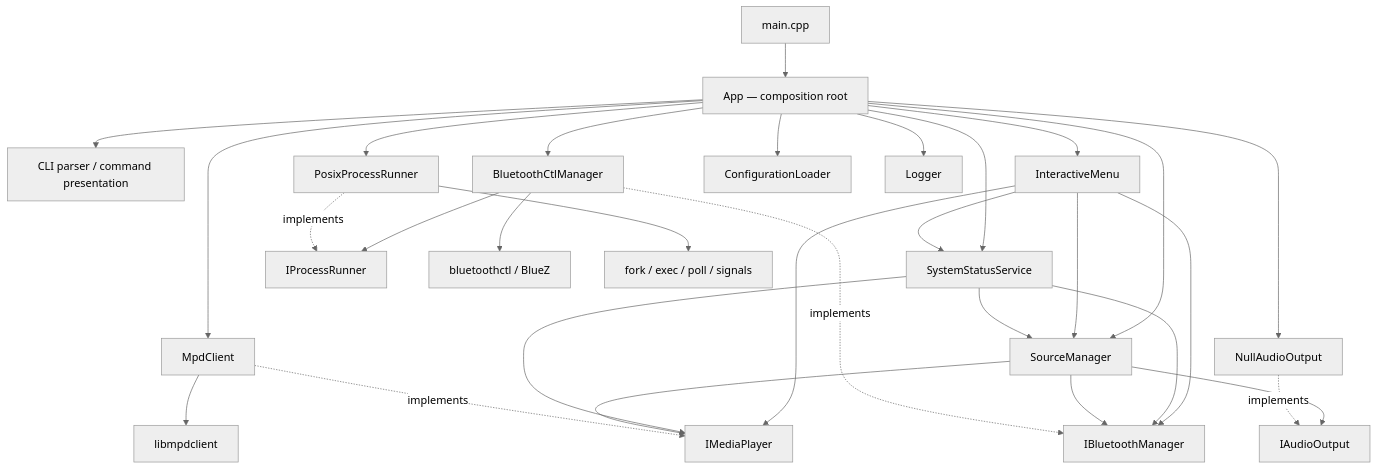
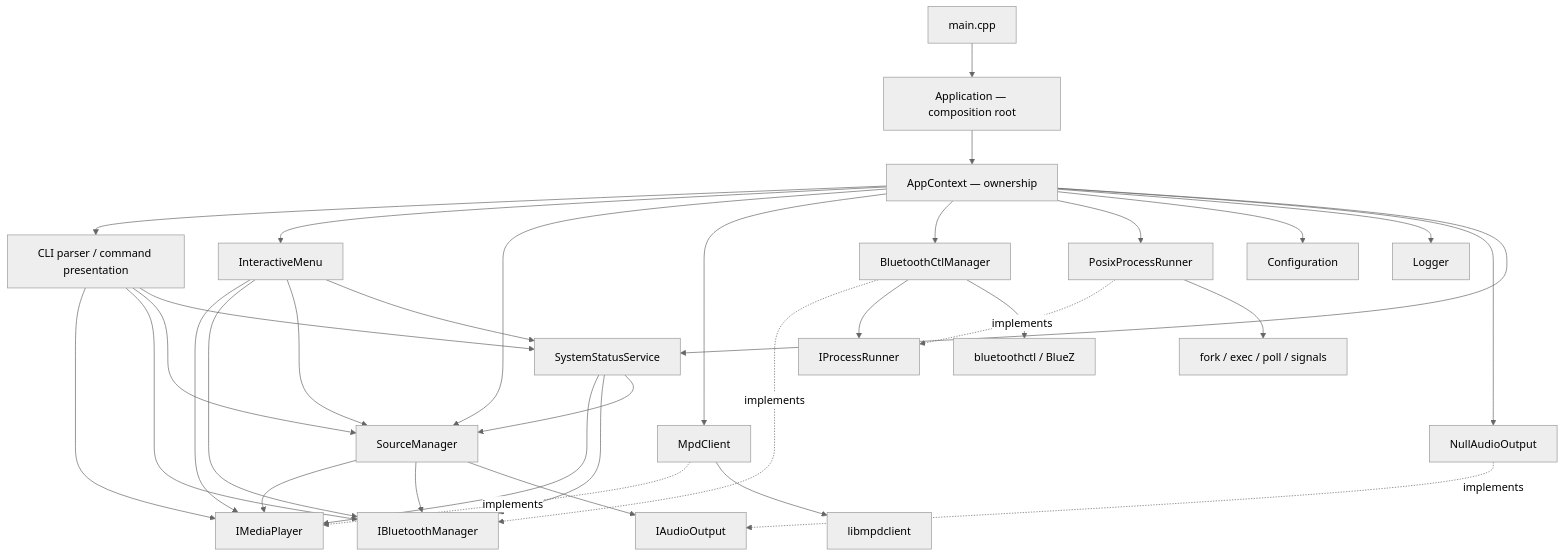
Before and after one commit to lukinish-dev/x308-headunit: the diagram in docs/ARCHITECTURE.md, drawn with Mermaid (neutral theme). The commit also changed other lines of this file and 16 other files, not shown here.

Commit message:
Refactor application composition root

````diff
--- a/docs/ARCHITECTURE.md
+++ b/docs/ARCHITECTURE.md
@@ -50,34 +49,39 @@
 ```mermaid
 flowchart TD
-    Entry["main.cpp"] --> App["App — composition root"]
-    App --> CLI["CLI parser / command presentation"]
-    App --> Menu["InteractiveMenu"]
-    App --> SM["SourceManager"]
-    App --> MPD["MpdClient"]
-    App --> BT["BluetoothCtlManager"]
-    App --> PR["PosixProcessRunner"]
-    App --> CFG["ConfigurationLoader"]
-    App --> LOG["Logger"]
-    App --> AO["NullAudioOutput"]
-    App --> SS["SystemStatusService"]
+    Entry["main.cpp"] --> App["Application — composition root"]
+    App --> CTX["AppContext — ownership"]
+    CTX --> CLI["CLI parser / command presentation"]
+    CTX --> Menu["InteractiveMenu"]
+    CTX --> SM["SourceManager"]
+    CTX --> MPD["MpdClient"]
+    CTX --> BT["BluetoothCtlManager"]
+    CTX --> PR["PosixProcessRunner"]
+    CTX --> CFG["Configuration"]
+    CTX --> LOG["Logger"]
+    CTX --> AO["NullAudioOutput"]
+    CTX --> SS["SystemStatusService"]
 
     Menu --> IMP["IMediaPlayer"]
     Menu --> IBT["IBluetoothManager"]
     Menu --> SM
     Menu --> SS
+    CLI --> IMP
+    CLI --> IBT
+    CLI --> SM
+    CLI --> SS
     SS --> IMP
     SS --> IBT
     SS --> SM
     SM --> IMP
     SM --> IBT
     SM --> IAO["IAudioOutput"]
     MPD -. implements .-> IMP
     BT -. implements .-> IBT
     BT --> IPR["IProcessRunner"]
     PR -. implements .-> IPR
     AO -. implements .-> IAO
 
     MPD --> Lib["libmpdclient"]
     BT --> Ctl["bluetoothctl / BlueZ"]
     PR --> Linux["fork / exec / poll / signals"]
 ```
````
